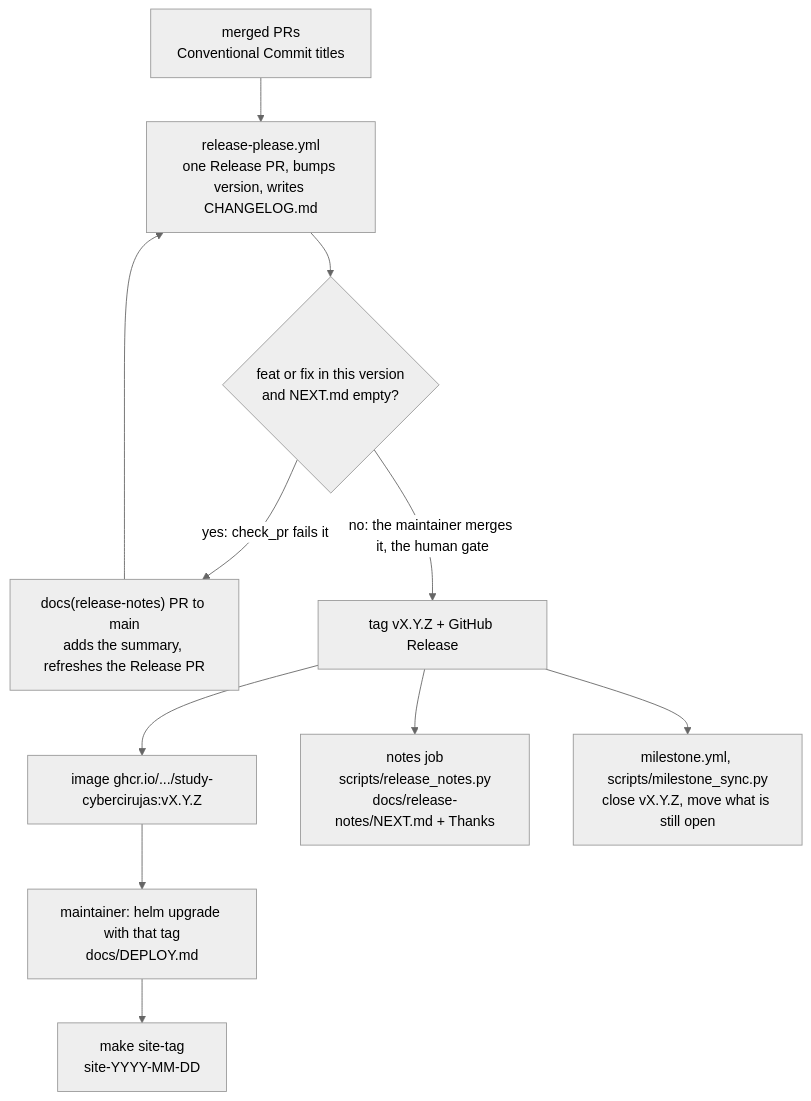
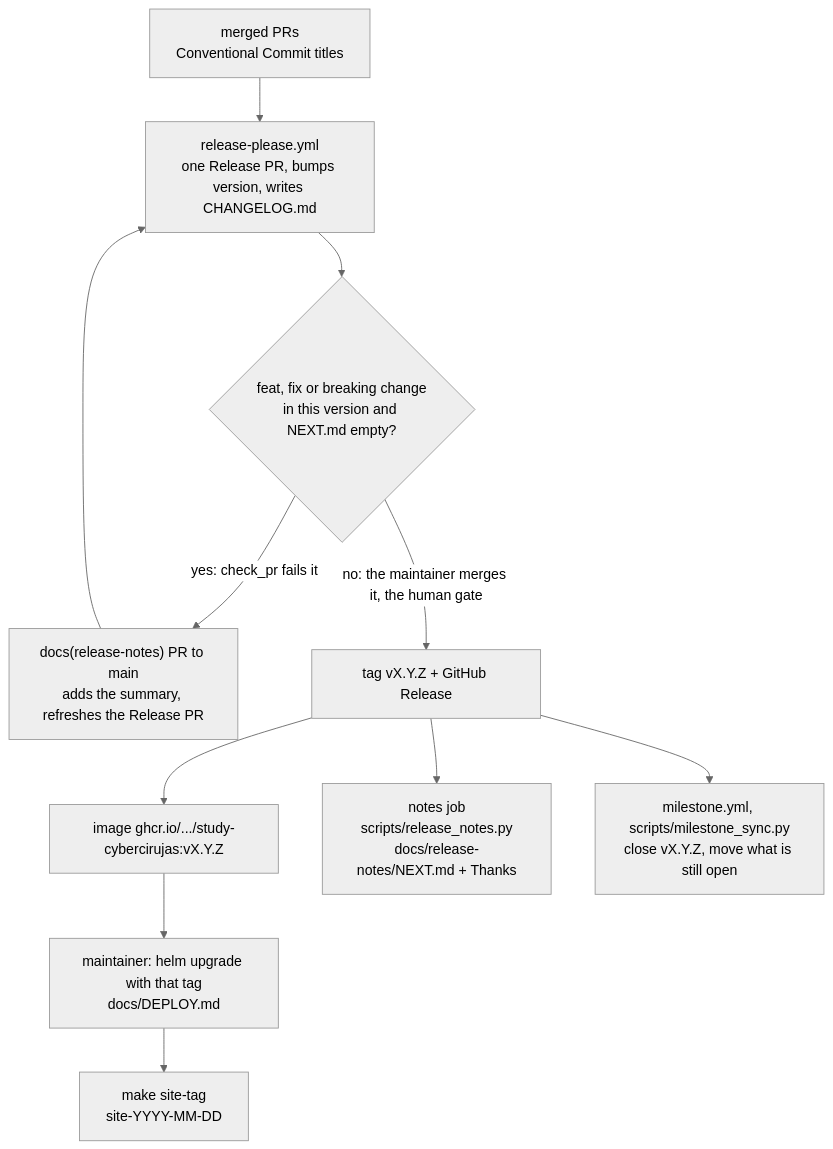
One commit to villadalmine/study-cybercirujas changed the tenth of 11 diagrams in docs/HOW-IT-WORKS.md. Above: the diagram before and after it, drawn with Mermaid (neutral theme). The commit also changed other lines of this file and 7 other files, not shown here.

````diff
--- a/docs/HOW-IT-WORKS.md
+++ b/docs/HOW-IT-WORKS.md
@@ -187,13 +187,13 @@
 ```mermaid
 flowchart TD
     M["merged PRs<br/>Conventional Commit titles"] --> RP["release-please.yml<br/>one Release PR, bumps version, writes CHANGELOG.md"]
-    RP --> GATE{"feat or fix in this version<br/>and NEXT.md empty?"}
+    RP --> GATE{"feat, fix or breaking change<br/>in this version and NEXT.md empty?"}
     GATE -->|"yes: check_pr fails it"| SUM["docs(release-notes) PR to main<br/>adds the summary, refreshes the Release PR"]
     SUM --> RP
     GATE -->|"no: the maintainer merges it, the human gate"| TAG["tag vX.Y.Z + GitHub Release"]
     TAG --> IMG["image ghcr.io/.../study-cybercirujas:vX.Y.Z"]
     TAG --> NOTES["notes job<br/>scripts/release_notes.py<br/>docs/release-notes/NEXT.md + Thanks"]
     TAG --> MSC["milestone.yml, scripts/milestone_sync.py<br/>close vX.Y.Z, move what is still open"]
     IMG --> DEP["maintainer: helm upgrade with that tag<br/>docs/DEPLOY.md"]
     DEP --> ST["make site-tag<br/>site-YYYY-MM-DD"]
 ```
````
